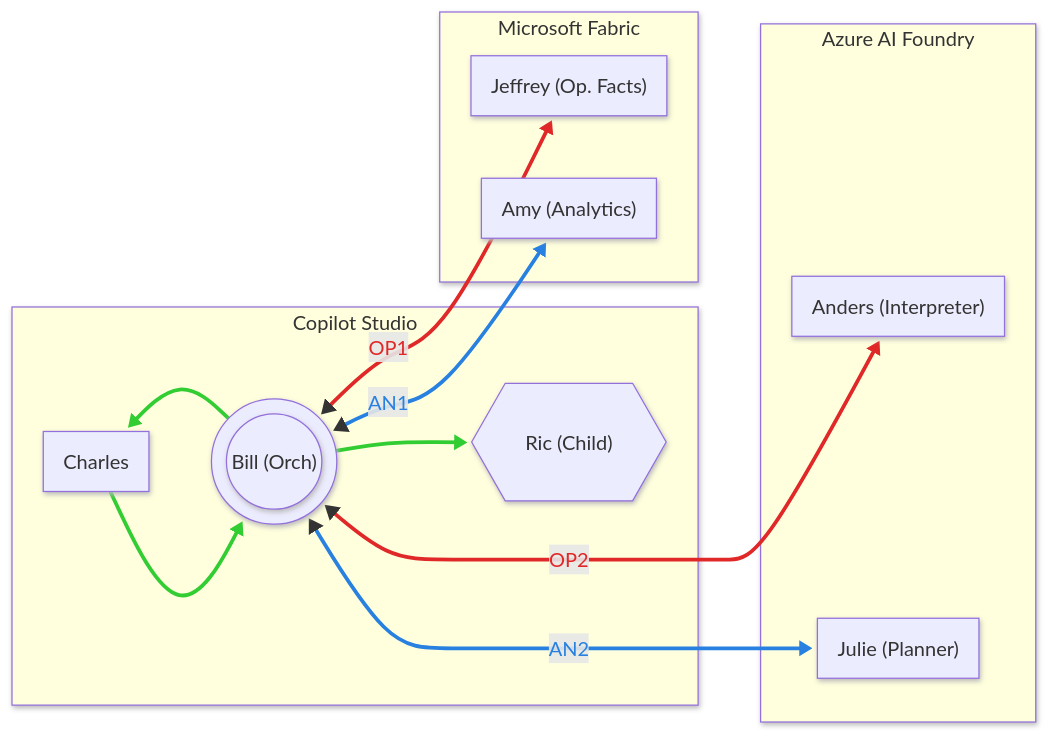
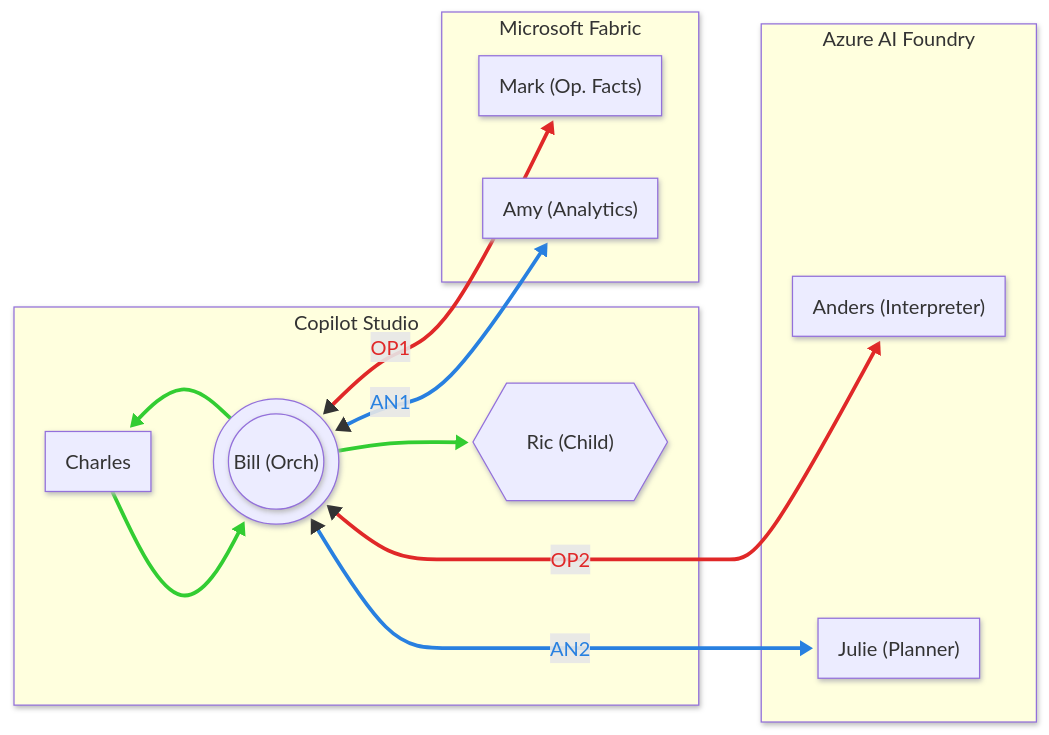
One commit to warnov/taller-multi-agentic changed the diagram in assets/global-arch.mermaid. Above: the diagram before and after it, drawn with Mermaid. The commit also changed 22 other files, not shown here.

Commit message:
Update agent names and restructure labs per new mermaid diagram

```diff
--- a/assets/global-arch.mermaid
+++ b/assets/global-arch.mermaid
@@ -1,42 +1,42 @@
 ---
 config:
   look: neo
 ---
 flowchart LR
 
   subgraph CS["Copilot Studio"]
     Charles["Charles"]
     Bill((("Bill (Orch)")))
     Ric{{"Ric (Child)"}}
   end
 
   subgraph MF["Microsoft Fabric"]
-    Jeffrey["Jeffrey (Op. Facts)"]
+    Mark["Mark (Op. Facts)"]
     Amy["Amy (Analytics)"]
   end
 
   subgraph AF["Azure AI Foundry"]
     Anders["Anders (Interpreter)"]
     Julie["Julie (Planner)"]
   end
 
   %% Conexión invisible (Índice 0)
   MF ~~~ AF
 
   %% Conexiones
   Charles --> Bill
   Bill --> Charles
   Bill --> Ric
-  Bill <-->|OP1| Jeffrey
+  Bill <-->|OP1| Mark
   Bill <-->|OP2| Anders
   Bill <-->|AN1| Amy
   Bill <-->|AN2| Julie
 
   %% Estilos Verdes: Internos CS (Charles y Ric)
   linkStyle 1,2,3 stroke:#32CD32,stroke-width:3px,color:#32CD32
   
-  %% Estilos Rojos: Operativos (Jeffrey y Anders)
+  %% Estilos Rojos: Operativos (Mark y Anders)
   linkStyle 4,5 stroke:#E02828,stroke-width:3px,color:#E02828
   
   %% Estilos Azules: Analíticos (Amy y Julie)
   linkStyle 6,7 stroke:#2880E0,stroke-width:3px,color:#2880E0
```
